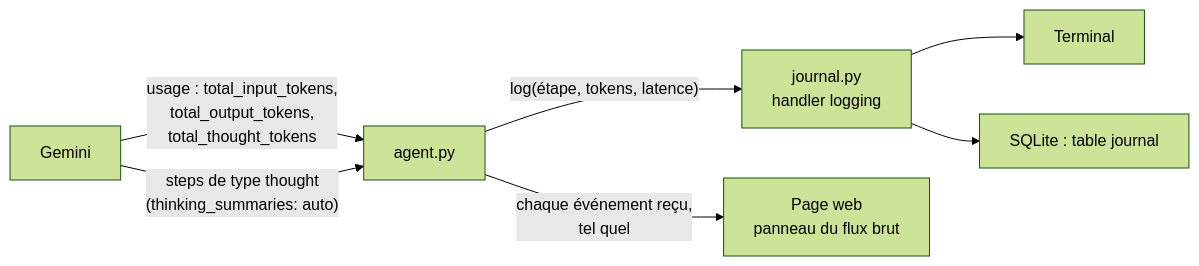
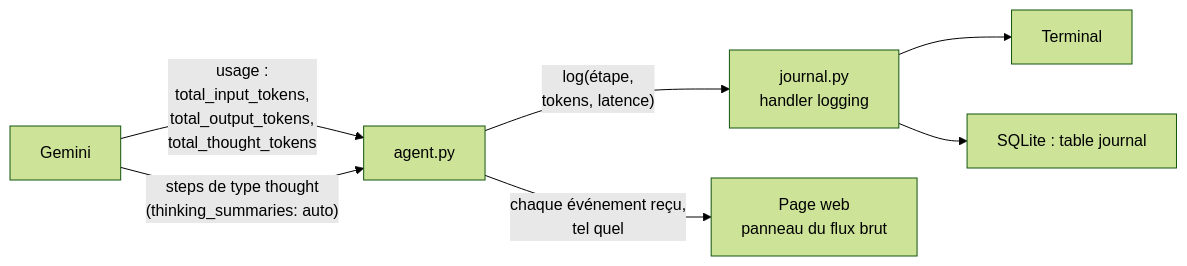
Before and after one commit to lecinquiemejour-code/goodvibe-tuto: diagram 15 of 42 in tuto-goodvibe-vibecoding.md, drawn with Mermaid (forest theme). The commit also changed other lines of this file and 1 other file, not shown here.

First line of the commit message:
fix(tuto, readme): lignes des boîtes redécoupées dans tous les diagrammes, pour ne plus être coupées sur GitHub

````diff
--- a/tuto-goodvibe-vibecoding.md
+++ b/tuto-goodvibe-vibecoding.md
@@ -848,9 +848,9 @@
 ```mermaid
 flowchart LR
-    A["agent.py"] -- "log(étape, tokens, latence)" --> J["journal.py<br/>handler logging"]
+    A["agent.py"] -- "log(étape,<br/>tokens, latence)" --> J["journal.py<br/>handler logging"]
     J --> T["Terminal"]
     J --> D["SQLite : table journal"]
-    G["Gemini"] -- "usage : total_input_tokens,<br/>total_output_tokens,<br/>total_thought_tokens" --> A
+    G["Gemini"] -- "usage :<br/>total_input_tokens,<br/>total_output_tokens,<br/>total_thought_tokens" --> A
     G -- "steps de type thought<br/>(thinking_summaries: auto)" --> A
     A -- "chaque événement reçu,<br/>tel quel" --> P["Page web<br/>panneau du flux brut"]
 ```
````
